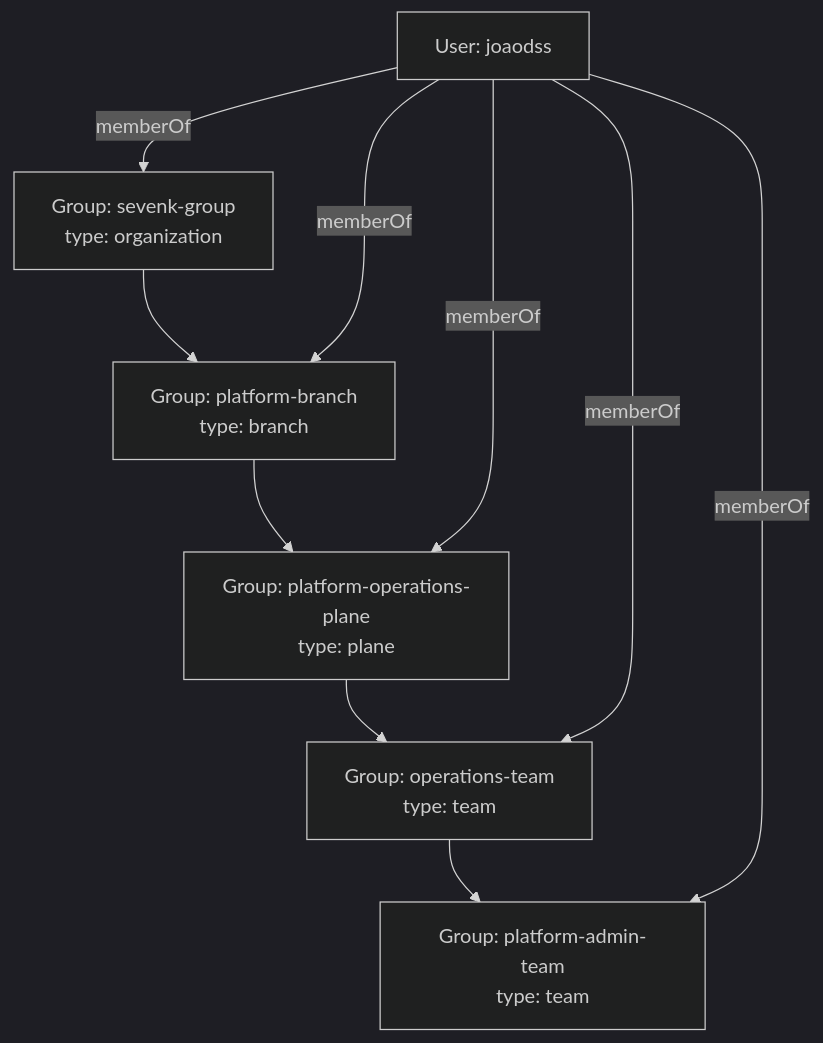
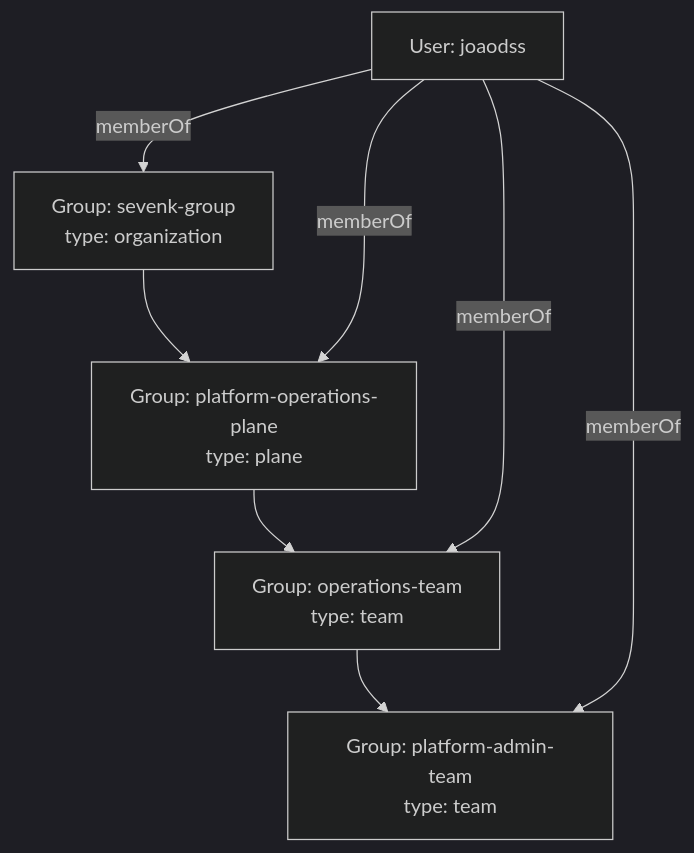
The diagram in catalog/README.md (7K-Group/backstage-catalog), drawn with Mermaid (dark theme) before and after one commit. The commit also changed other lines of this file and 4 other files, not shown here.

````diff
--- a/catalog/README.md
+++ b/catalog/README.md
@@ -24,12 +24,10 @@
 ```mermaid
 graph TD
-	A[Group: sevenk-group<br/>type: organization] --> B[Group: platform-branch<br/>type: branch]
-	B --> C[Group: platform-operations-plane<br/>type: plane]
+	A[Group: sevenk-group<br/>type: organization] --> C[Group: platform-operations-plane<br/>type: plane]
 	C --> D[Group: operations-team<br/>type: team]
 	D --> E[Group: platform-admin-team<br/>type: team]
 	U[User: joaodss] -->|memberOf| E
 	U -->|memberOf| D
 	U -->|memberOf| C
-	U -->|memberOf| B
 	U -->|memberOf| A
 ```
````
